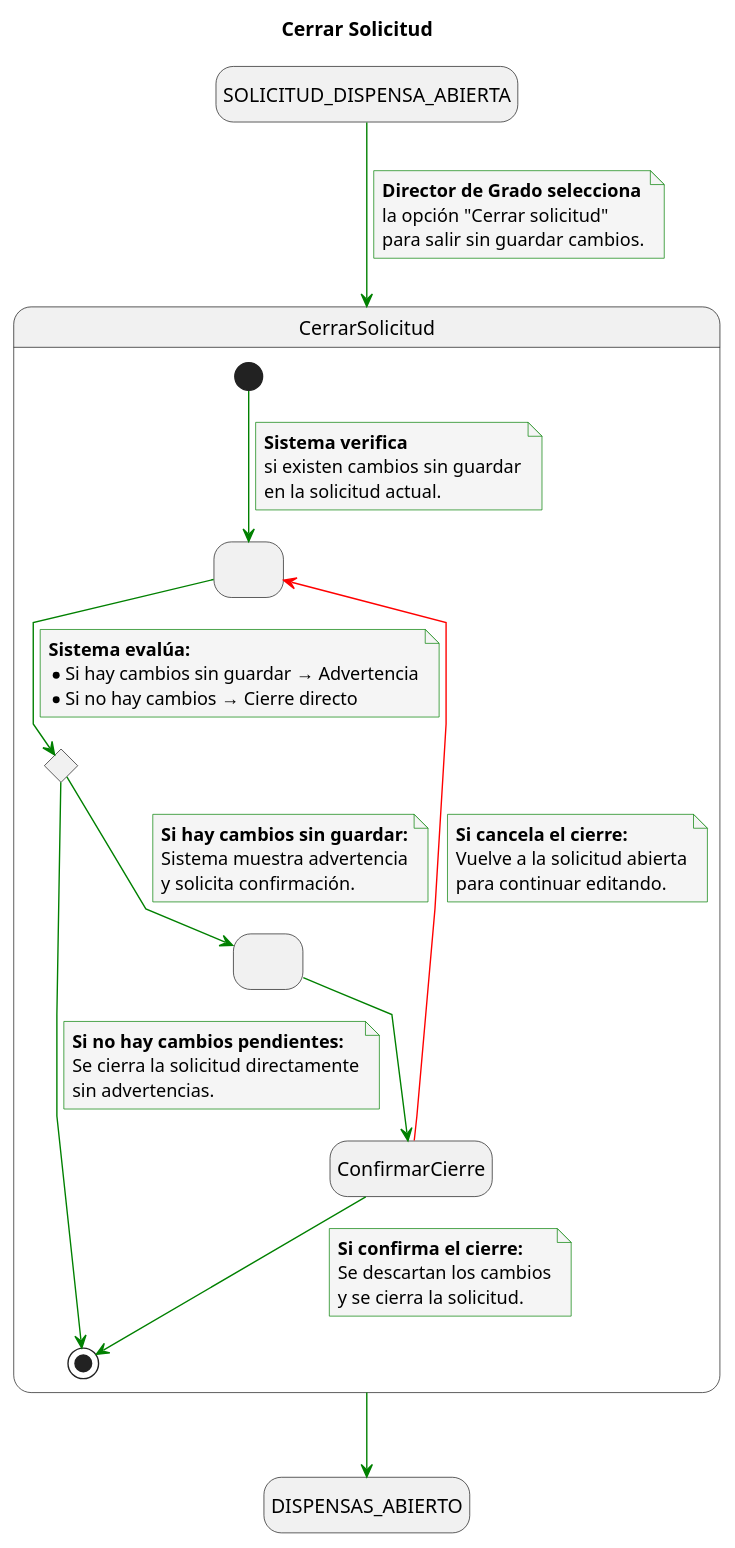
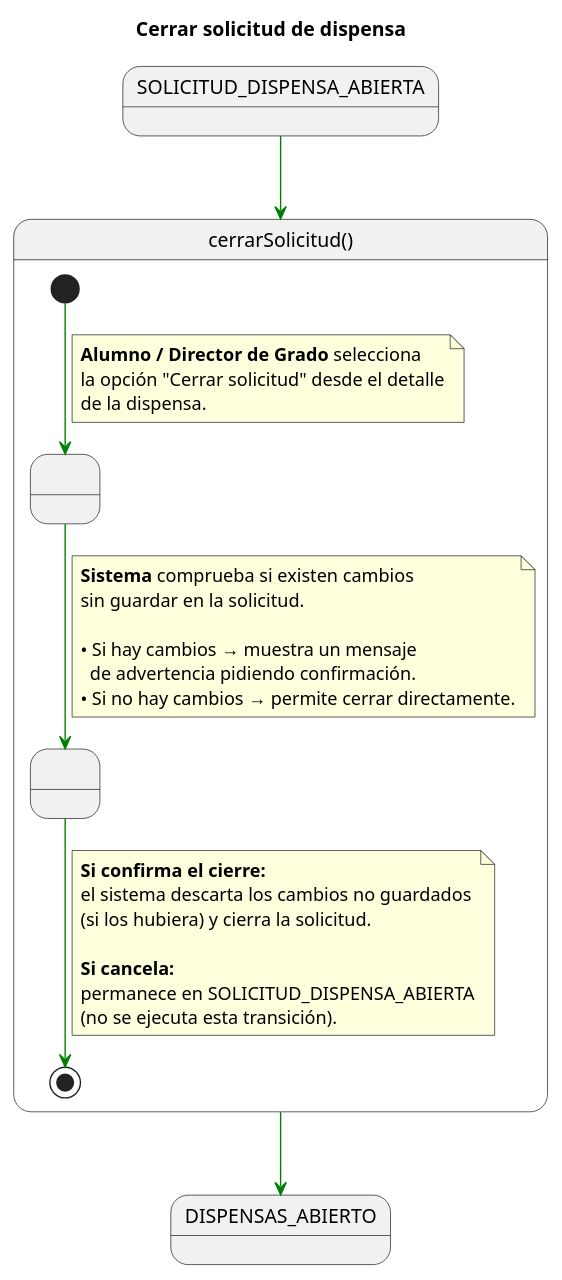
Before and after one commit to enmabry/25-26-IdSw1-SdR: the diagram in documents/CasosDeUso/DetalladoCasosDeUso/DirectorDeGrado/CerrarSolicitud.puml, drawn with PlantUML. The commit also changed 7 other files, not shown here.

Commit message:
Update GuardarSolicitud diagram: enhance visual clarity and detail for the "Guardar solicitud de dispensa" process, including improved layout and additional descriptive text.

```diff
--- a/documents/CasosDeUso/DetalladoCasosDeUso/DirectorDeGrado/CerrarSolicitud.puml
+++ b/documents/CasosDeUso/DetalladoCasosDeUso/DirectorDeGrado/CerrarSolicitud.puml
@@ -1,76 +1,47 @@
 @startuml
-title Cerrar Solicitud
+title Cerrar solicitud de dispensa
 
-skinparam {
-    NoteBackgroundColor #whiteSmoke
-    ArrowColor #green
-    NoteBorderColor #green
-    linetype polyline
-}
+skinparam linetype polyline
 
-hide empty description
+state SOLICITUD_DISPENSA_ABIERTA_INICIAL as "SOLICITUD_DISPENSA_ABIERTA"
+state DISPENSAS_ABIERTO_FINAL            as "DISPENSAS_ABIERTO"
 
-state startState as "SOLICITUD_DISPENSA_ABIERTA"
-state endState as "DISPENSAS_ABIERTO"
+SOLICITUD_DISPENSA_ABIERTA_INICIAL -[#green]-> cerrarSolicitud
 
-startState --> CerrarSolicitud
-note on link
-    <b>Director de Grado selecciona</b>
-    la opción "Cerrar solicitud"
-    para salir sin guardar cambios.
-end note
+state cerrarSolicitud as "cerrarSolicitud()" {
 
-state CerrarSolicitud {
-    state VerificarCambiosPendientes as " "
-    state FinalizarOpciones <<choice>>
+    state " " as VerificarCambios
+    state " " as ConfirmarCierre
 
-    [*] --> VerificarCambiosPendientes
+    [*] -[#green]-> VerificarCambios
     note on link
-        <b>Sistema verifica</b>
-        si existen cambios sin guardar
-        en la solicitud actual.
+      <b>Alumno / Director de Grado</b> selecciona
+      la opción "Cerrar solicitud" desde el detalle
+      de la dispensa.
     end note
 
-    VerificarCambiosPendientes --> FinalizarOpciones
+    VerificarCambios -[#green]-> ConfirmarCierre
     note on link
-        <b>Sistema evalúa:</b>
-        * Si hay cambios sin guardar → Advertencia
-        * Si no hay cambios → Cierre directo
+      <b>Sistema</b> comprueba si existen cambios
+      sin guardar en la solicitud.
+
+      • Si hay cambios → muestra un mensaje
+        de advertencia pidiendo confirmación.
+      • Si no hay cambios → permite cerrar directamente.
     end note
 
-    FinalizarOpciones --> MostrarAdvertencia
+    ConfirmarCierre -[#green]-> [*]
+    note on link
+      <b>Si confirma el cierre:</b>
+      el sistema descarta los cambios no guardados
+      (si los hubiera) y cierra la solicitud.
 
-    state MostrarAdvertencia as " "
-    note on link
-        <b>Si hay cambios sin guardar:</b>
-        Sistema muestra advertencia
-        y solicita confirmación.
-    end note
-
-    MostrarAdvertencia --> ConfirmarCierre <<choice>>
-
-    ConfirmarCierre -[#red]-> VerificarCambiosPendientes
-    note on link
-        <b>Si cancela el cierre:</b>
-        Vuelve a la solicitud abierta
-        para continuar editando.
-    end note
-
-    ConfirmarCierre --> [*]
-    note on link
-        <b>Si confirma el cierre:</b>
-        Se descartan los cambios
-        y se cierra la solicitud.
-    end note
-
-    FinalizarOpciones --> [*]
-    note on link
-        <b>Si no hay cambios pendientes:</b>
-        Se cierra la solicitud directamente
-        sin advertencias.
+      <b>Si cancela:</b>
+      permanece en SOLICITUD_DISPENSA_ABIERTA
+      (no se ejecuta esta transición).
     end note
 }
 
-CerrarSolicitud --> endState
+cerrarSolicitud -[#green]-> DISPENSAS_ABIERTO_FINAL
 
 @enduml
```
